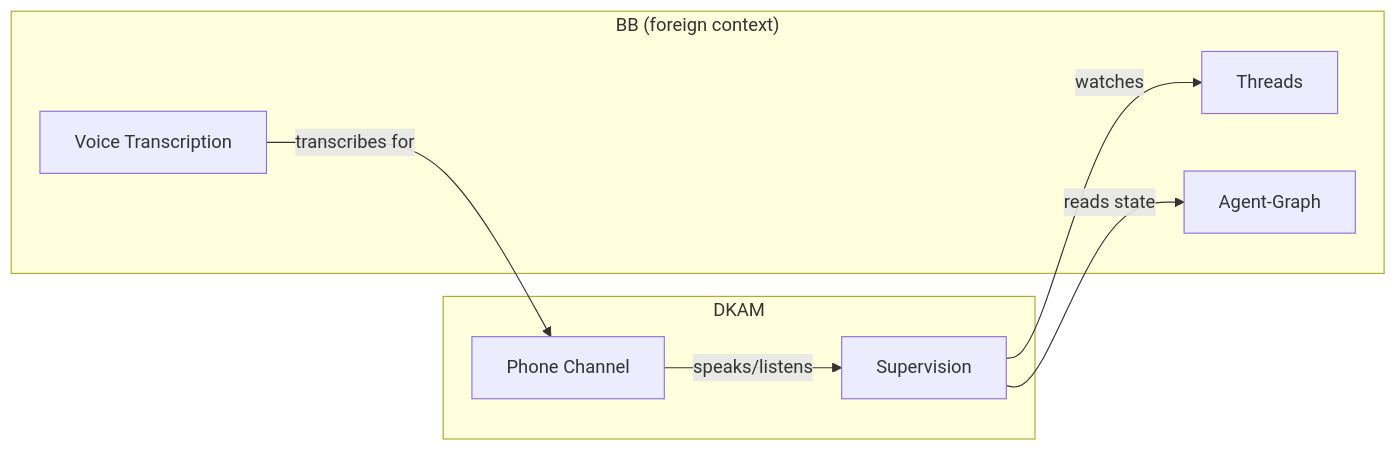
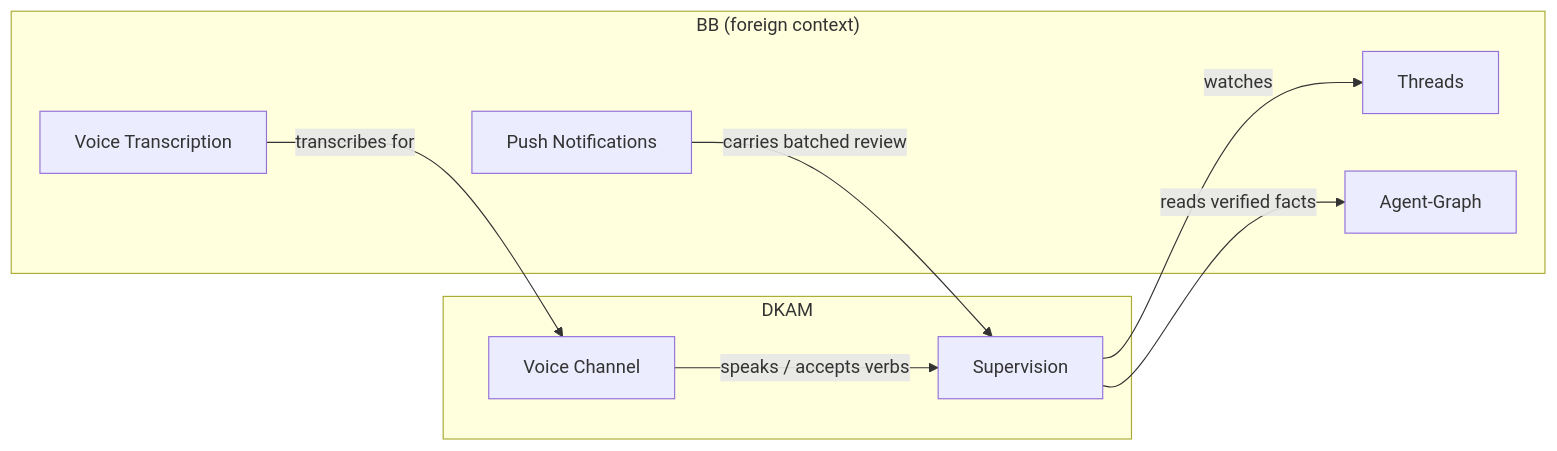
One commit to cristoslc/bb-plugin-dkam changed the diagram in docs/DOMAIN-MODEL-L1.md. Above: the diagram before and after it, drawn with Mermaid. The commit also changed other lines of this file and 3 other files, not shown here.

````diff
--- a/docs/DOMAIN-MODEL-L1.md
+++ b/docs/DOMAIN-MODEL-L1.md
@@ -10,17 +14,19 @@
 ```mermaid
 flowchart LR
     subgraph dkam["DKAM"]
         supervision["Supervision"]
-        phone["Phone Channel"]
+        voice["Voice Channel"]
     end
     subgraph bb["BB (foreign context)"]
         threads["Threads"]
         ag["Agent-Graph"]
-        voice["Voice Transcription"]
+        vs["Voice Transcription"]
+        push["Push Notifications"]
     end
 
     supervision -- "watches" --> threads
-    supervision -- "reads state" --> ag
-    phone -- "speaks/listens" --> supervision
-    voice -- "transcribes for" --> phone
+    supervision -- "reads verified facts" --> ag
+    voice -- "speaks / accepts verbs" --> supervision
+    vs -- "transcribes for" --> voice
+    push -- "carries batched review" --> supervision
 ```
````
